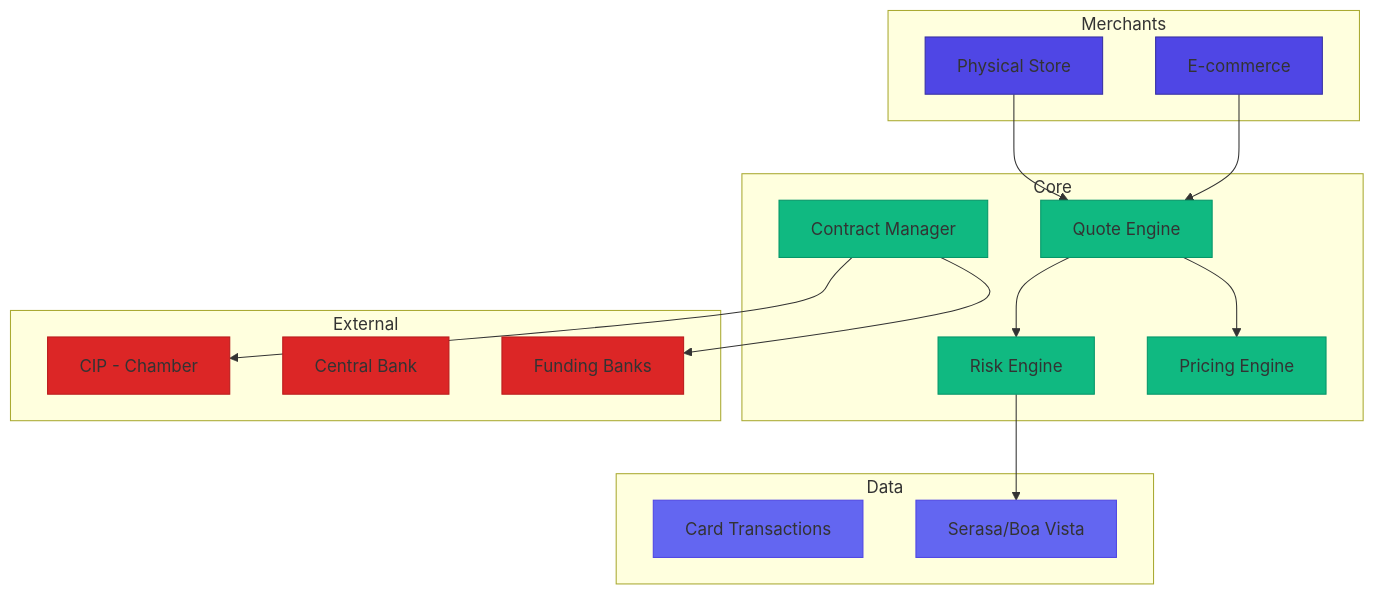
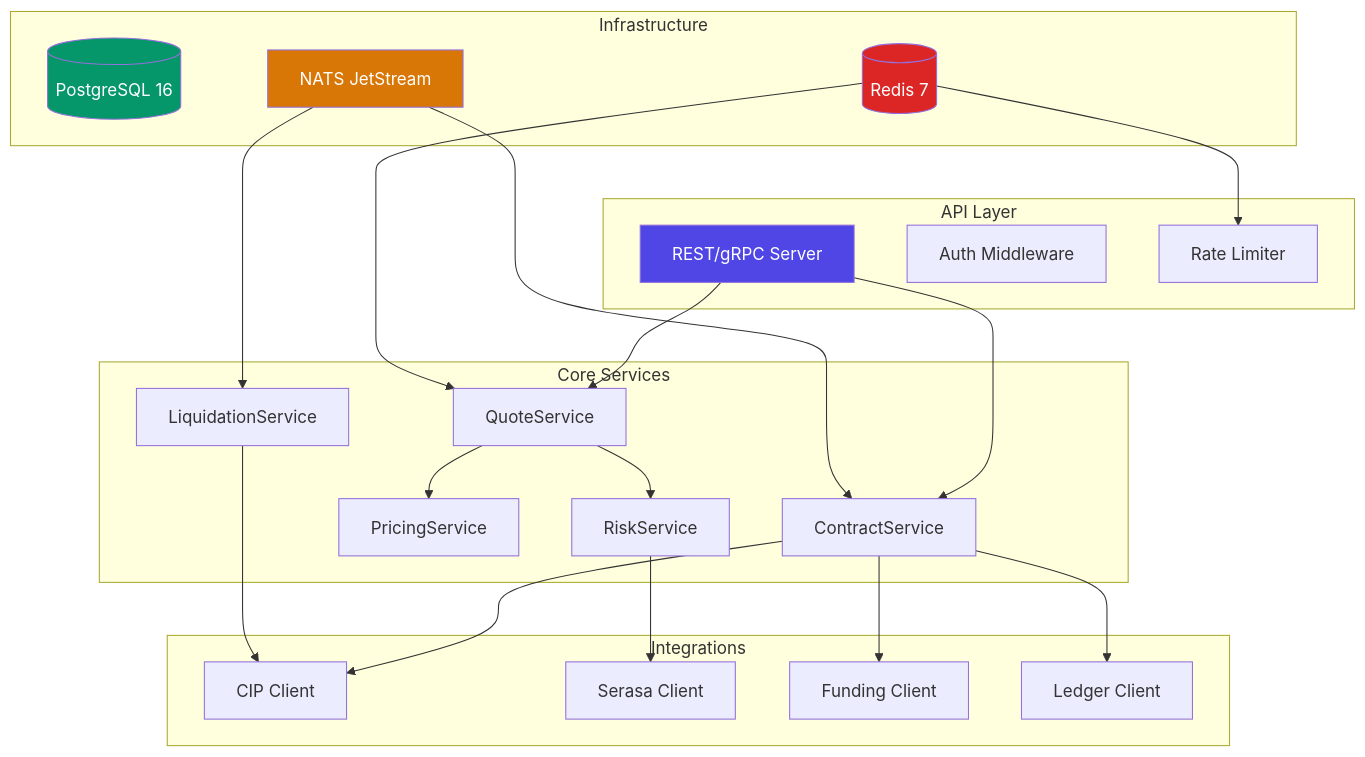
One commit to mateussiqueira/banking-stack changed the fourth of 4 diagrams in packages/docs/en/challenges/16-anticipation.md. Above: the diagram before and after it, drawn with Mermaid. The commit also changed other lines of this file and 24 other files, not shown here.

First line of the commit message:
roadmap 100%: API playground, EN sync, premium, white-label

````diff
--- a/packages/docs/en/challenges/16-anticipation.md
+++ b/packages/docs/en/challenges/16-anticipation.md
@@ -79,43 +1306,48 @@
 ```mermaid
 flowchart TB
-    subgraph "Merchants"
-      M1[Physical Store]
-      M2[E-commerce]
+    subgraph "API Layer"
+        REST[REST/gRPC Server]
+        AUTH[Auth Middleware]
+        RATE[Rate Limiter]
     end
 
-    subgraph "Core"
-      QUOTE[Quote Engine]
-      RISK[Risk Engine]
-      PRICING[Pricing Engine]
-      CONTRACT[Contract Manager]
+    subgraph "Core Services"
+        QUOTE[QuoteService]
+        RISK[RiskService]
+        PRICE[PricingService]
+        CONTRACT[ContractService]
+        LIQ[LiquidationService]
     end
 
-    subgraph "Data"
-      CARD_TX[Card Transactions]
-      CREDIT_BUREAU[Serasa/Boa Vista]
+    subgraph "Integrations"
+        CIP[CIP Client]
+        BUREAU[Serasa Client]
+        FUNDING[Funding Client]
+        LEDGER[Ledger Client]
     end
 
-    subgraph "External"
-      CIP[CIP - Chamber]
-      BACEN[Central Bank]
-      FUNDING[Funding Banks]
+    subgraph "Infrastructure"
+        PG[(PostgreSQL 16)]
+        REDIS[(Redis 7)]
+        NATS[NATS JetStream]
     end
 
-    M1 --> QUOTE
-    M2 --> QUOTE
+    REST --> QUOTE
+    REST --> CONTRACT
     QUOTE --> RISK
-    QUOTE --> PRICING
-    RISK --> CREDIT_BUREAU
+    QUOTE --> PRICE
+    RISK --> BUREAU
     CONTRACT --> CIP
     CONTRACT --> FUNDING
+    CONTRACT --> LEDGER
+    LIQ --> CIP
+    NATS --> LIQ
+    NATS --> CONTRACT
+    REDIS --> RATE
+    REDIS --> QUOTE
 
-    classDef merchant fill:#4f46e5,stroke:#3730a3;
-    classDef core fill:#10b981,stroke:#059669;
-    classDef data fill:#6366f1,stroke:#4f46e5;
-    classDef external fill:#dc2626,stroke:#b91c1c;
-
-    class M1,M2 merchant;
-    class QUOTE,RISK,PRICING,CONTRACT core;
-    class CARD_TX,CREDIT_BUREAU data;
-    class CIP,BACEN,FUNDING external;
+    style REST fill:#4f46e5,color:#fff
+    style PG fill:#059669,color:#fff
+    style REDIS fill:#dc2626,color:#fff
+    style NATS fill:#d97706,color:#fff
 ```
````
